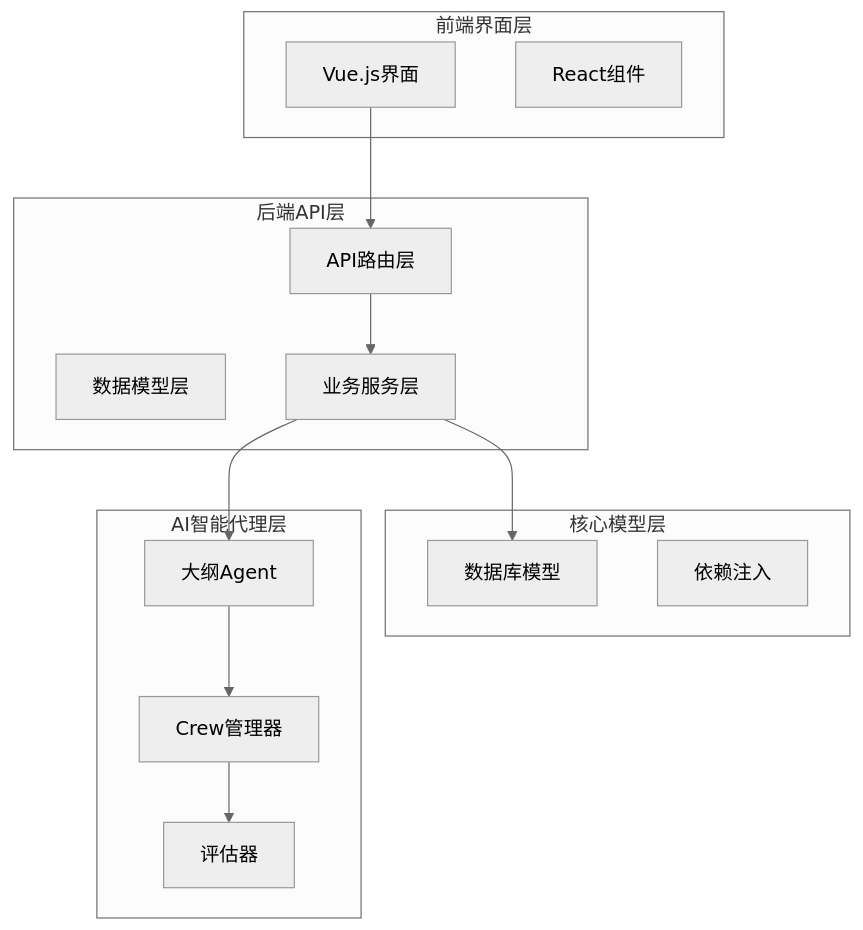
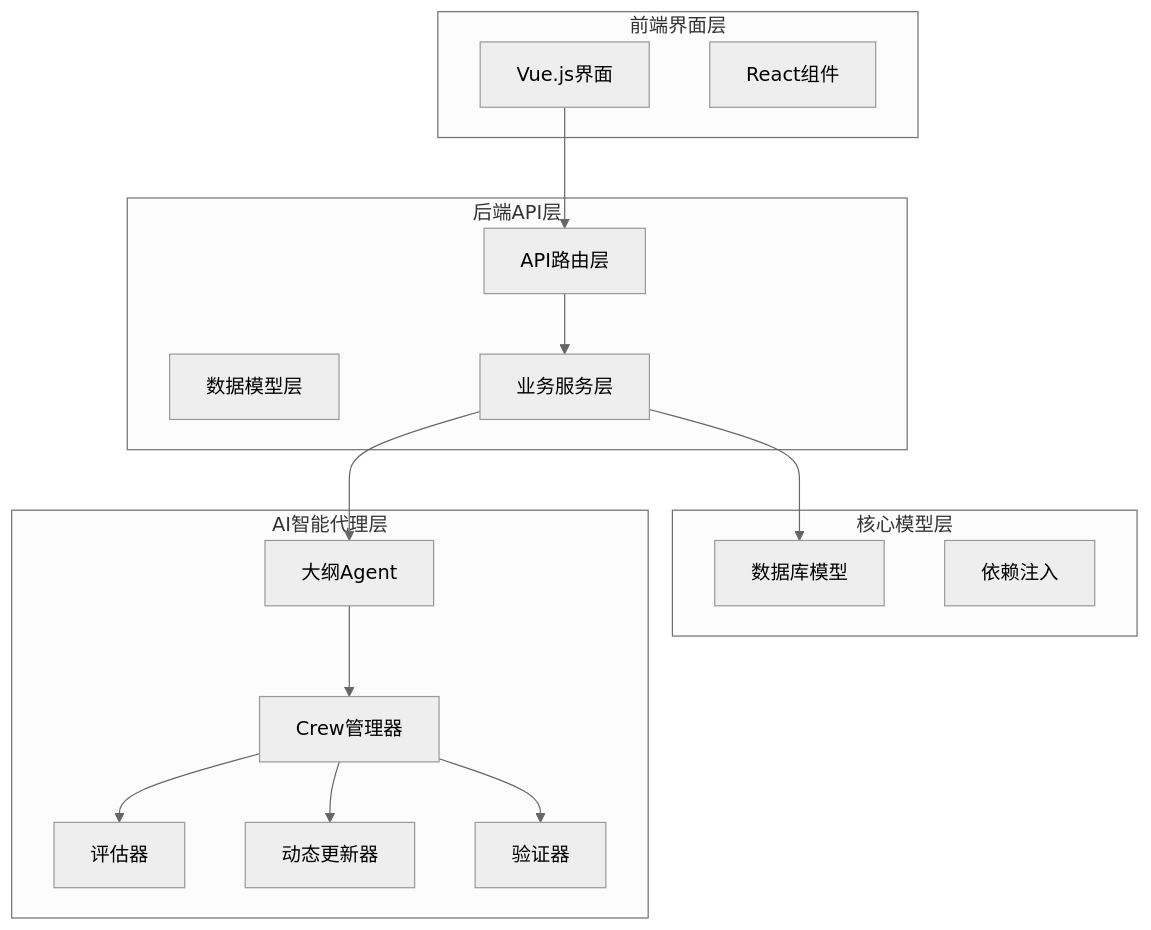
Before and after one commit to xfbyxq/ai-novel-system: the first of 13 diagrams in .qoder/repowiki/zh/content/API接口文档/大纲管理API.md, drawn with Mermaid (neutral theme). The commit also changed other lines of this file and 43 other files, not shown here.

````diff
--- a/.qoder/repowiki/zh/content/API接口文档/大纲管理API.md
+++ b/.qoder/repowiki/zh/content/API接口文档/大纲管理API.md
@@ -51,27 +57,31 @@
 ```mermaid
 graph TB
 subgraph "后端API层"
 API[API路由层]
 Schemas[数据模型层]
 Services[业务服务层]
 end
 subgraph "核心模型层"
 Models[数据库模型]
 Dependencies[依赖注入]
 end
 subgraph "AI智能代理层"
 Agents[大纲Agent]
 Crew[Crew管理器]
 Evaluators[评估器]
+DynamicUpdater[动态更新器]
+Validator[验证器]
 end
 subgraph "前端界面层"
 Frontend[Vue.js界面]
 Components[React组件]
 end
 API --> Services
 Services --> Models
 Services --> Agents
 Agents --> Crew
 Crew --> Evaluators
+Crew --> DynamicUpdater
+Crew --> Validator
 Frontend --> API
 ```
````
